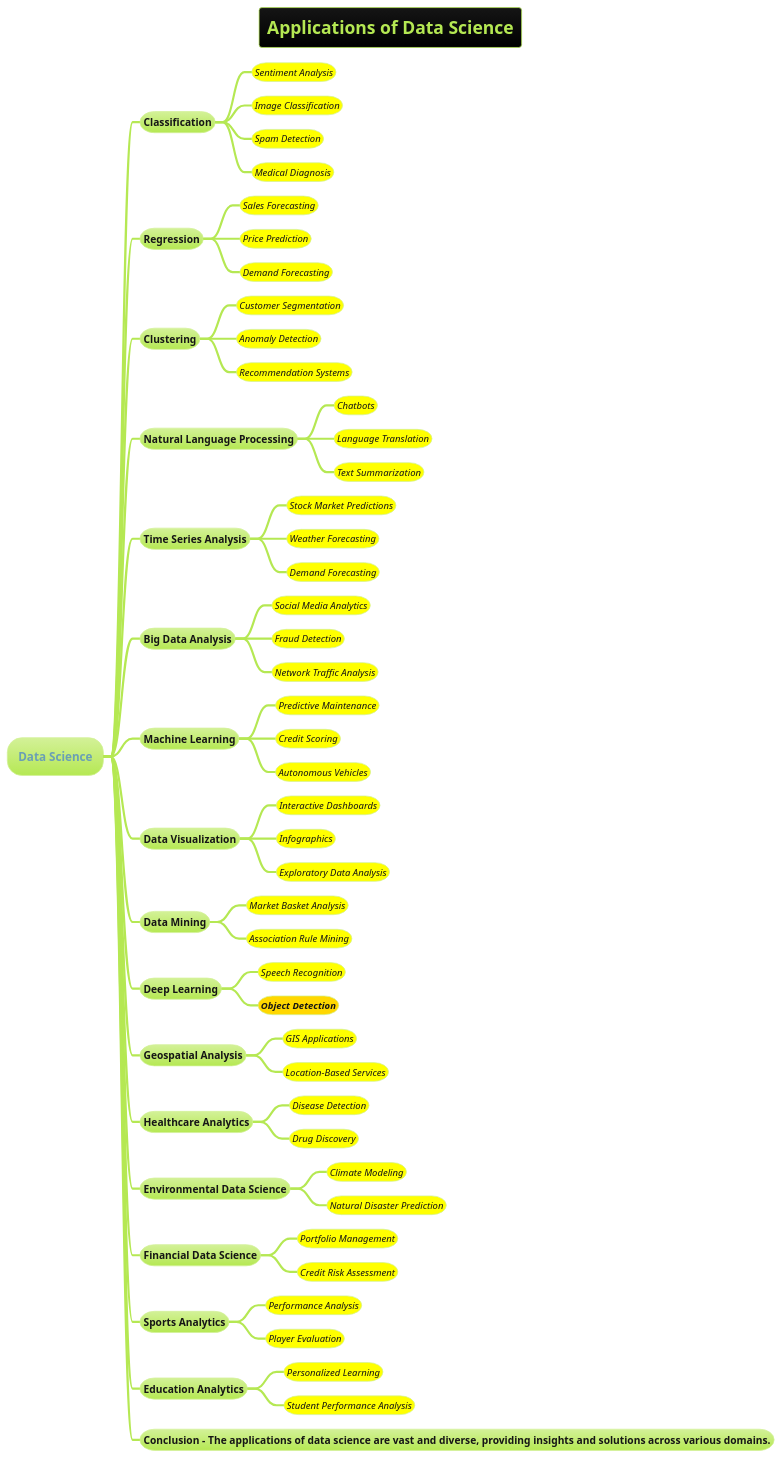
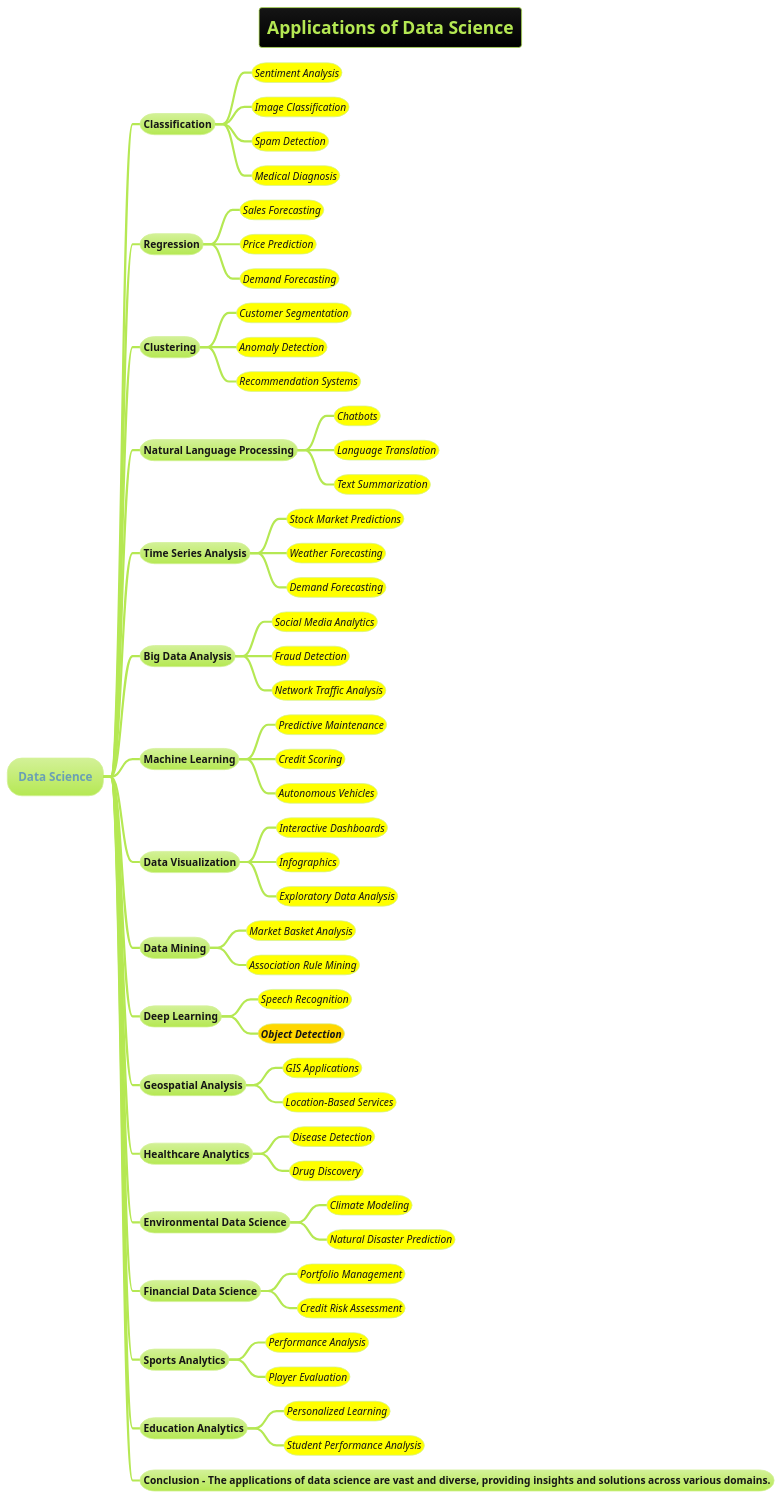
Before and after one commit to MehmoodHashmi/Documentation-as-Code-DaC: the diagram in docs/AI-ML-DL-Data-Science-and-BigData/data-science/Applications-of-Data-Science.puml, drawn with PlantUML. The commit also changed 27 other files, not shown here.

```diff
--- a/docs/AI-ML-DL-Data-Science-and-BigData/data-science/Applications-of-Data-Science.puml
+++ b/docs/AI-ML-DL-Data-Science-and-BigData/data-science/Applications-of-Data-Science.puml
@@ -1,64 +1,64 @@
 @startmindmap
 title =Applications of Data Science
 !theme hacker
 
 * Data Science
 ** Classification
-***[#yellow] ====<size:13>Sentiment Analysis
-***[#yellow] ====<size:13>Image Classification
-***[#yellow] ====<size:13>Spam Detection
-***[#yellow] ====<size:13>Medical Diagnosis
+***[#yellow] <i><size:14>Sentiment Analysis
+***[#yellow] <i><size:14>Image Classification
+***[#yellow] <i><size:14>Spam Detection
+***[#yellow] <i><size:14>Medical Diagnosis
 ** Regression
-***[#yellow] ====<size:13>Sales Forecasting
-***[#yellow] ====<size:13>Price Prediction
-***[#yellow] ====<size:13>Demand Forecasting
+***[#yellow] <i><size:14>Sales Forecasting
+***[#yellow] <i><size:14>Price Prediction
+***[#yellow] <i><size:14>Demand Forecasting
 ** Clustering
-***[#yellow] ====<size:13>Customer Segmentation
-***[#yellow] ====<size:13>Anomaly Detection
-***[#yellow] ====<size:13>Recommendation Systems
+***[#yellow] <i><size:14>Customer Segmentation
+***[#yellow] <i><size:14>Anomaly Detection
+***[#yellow] <i><size:14>Recommendation Systems
 ** Natural Language Processing
-***[#yellow] ====<size:13>Chatbots
-***[#yellow] ====<size:13>Language Translation
-***[#yellow] ====<size:13>Text Summarization
+***[#yellow] <i><size:14>Chatbots
+***[#yellow] <i><size:14>Language Translation
+***[#yellow] <i><size:14>Text Summarization
 ** Time Series Analysis
-***[#yellow] ====<size:13>Stock Market Predictions
-***[#yellow] ====<size:13>Weather Forecasting
-***[#yellow] ====<size:13>Demand Forecasting
+***[#yellow] <i><size:14>Stock Market Predictions
+***[#yellow] <i><size:14>Weather Forecasting
+***[#yellow] <i><size:14>Demand Forecasting
 ** Big Data Analysis
-***[#yellow] ====<size:13>Social Media Analytics
-***[#yellow] ====<size:13>Fraud Detection
-***[#yellow] ====<size:13>Network Traffic Analysis
+***[#yellow] <i><size:14>Social Media Analytics
+***[#yellow] <i><size:14>Fraud Detection
+***[#yellow] <i><size:14>Network Traffic Analysis
 ** Machine Learning
-***[#yellow] ====<size:13>Predictive Maintenance
-***[#yellow] ====<size:13>Credit Scoring
-***[#yellow] ====<size:13>Autonomous Vehicles
+***[#yellow] <i><size:14>Predictive Maintenance
+***[#yellow] <i><size:14>Credit Scoring
+***[#yellow] <i><size:14>Autonomous Vehicles
 ** Data Visualization
-***[#yellow] ====<size:13>Interactive Dashboards
-***[#yellow] ====<size:13>Infographics
-***[#yellow] ====<size:13>Exploratory Data Analysis
+***[#yellow] <i><size:14>Interactive Dashboards
+***[#yellow] <i><size:14>Infographics
+***[#yellow] <i><size:14>Exploratory Data Analysis
 ** Data Mining
-***[#yellow] ====<size:13>Market Basket Analysis
-***[#yellow] ====<size:13>Association Rule Mining
+***[#yellow] <i><size:14>Market Basket Analysis
+***[#yellow] <i><size:14>Association Rule Mining
 ** Deep Learning
-***[#yellow] ====<size:13>Speech Recognition
-***[#gold] ====<size:13>**Object Detection**
+***[#yellow] <i><size:14>Speech Recognition
+***[#gold] <i><size:14>**Object Detection**
 ** Geospatial Analysis
-***[#yellow] ====<size:13>GIS Applications
-***[#yellow] ====<size:13>Location-Based Services
+***[#yellow] <i><size:14>GIS Applications
+***[#yellow] <i><size:14>Location-Based Services
 ** Healthcare Analytics
-***[#yellow] ====<size:13>Disease Detection
-***[#yellow] ====<size:13>Drug Discovery
+***[#yellow] <i><size:14>Disease Detection
+***[#yellow] <i><size:14>Drug Discovery
 ** Environmental Data Science
-***[#yellow] ====<size:13>Climate Modeling
-***[#yellow] ====<size:13>Natural Disaster Prediction
+***[#yellow] <i><size:14>Climate Modeling
+***[#yellow] <i><size:14>Natural Disaster Prediction
 ** Financial Data Science
-***[#yellow] ====<size:13>Portfolio Management
-***[#yellow] ====<size:13>Credit Risk Assessment
+***[#yellow] <i><size:14>Portfolio Management
+***[#yellow] <i><size:14>Credit Risk Assessment
 ** Sports Analytics
-***[#yellow] ====<size:13>Performance Analysis
-***[#yellow] ====<size:13>Player Evaluation
+***[#yellow] <i><size:14>Performance Analysis
+***[#yellow] <i><size:14>Player Evaluation
 ** Education Analytics
-***[#yellow] ====<size:13>Personalized Learning
-***[#yellow] ====<size:13>Student Performance Analysis
+***[#yellow] <i><size:14>Personalized Learning
+***[#yellow] <i><size:14>Student Performance Analysis
 ** Conclusion - The applications of data science are vast and diverse, providing insights and solutions across various domains.
 @endmindmap
```
